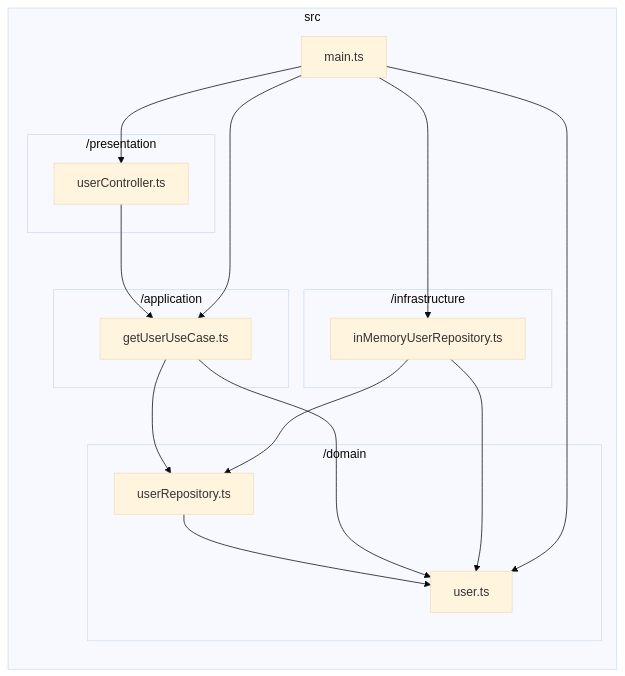
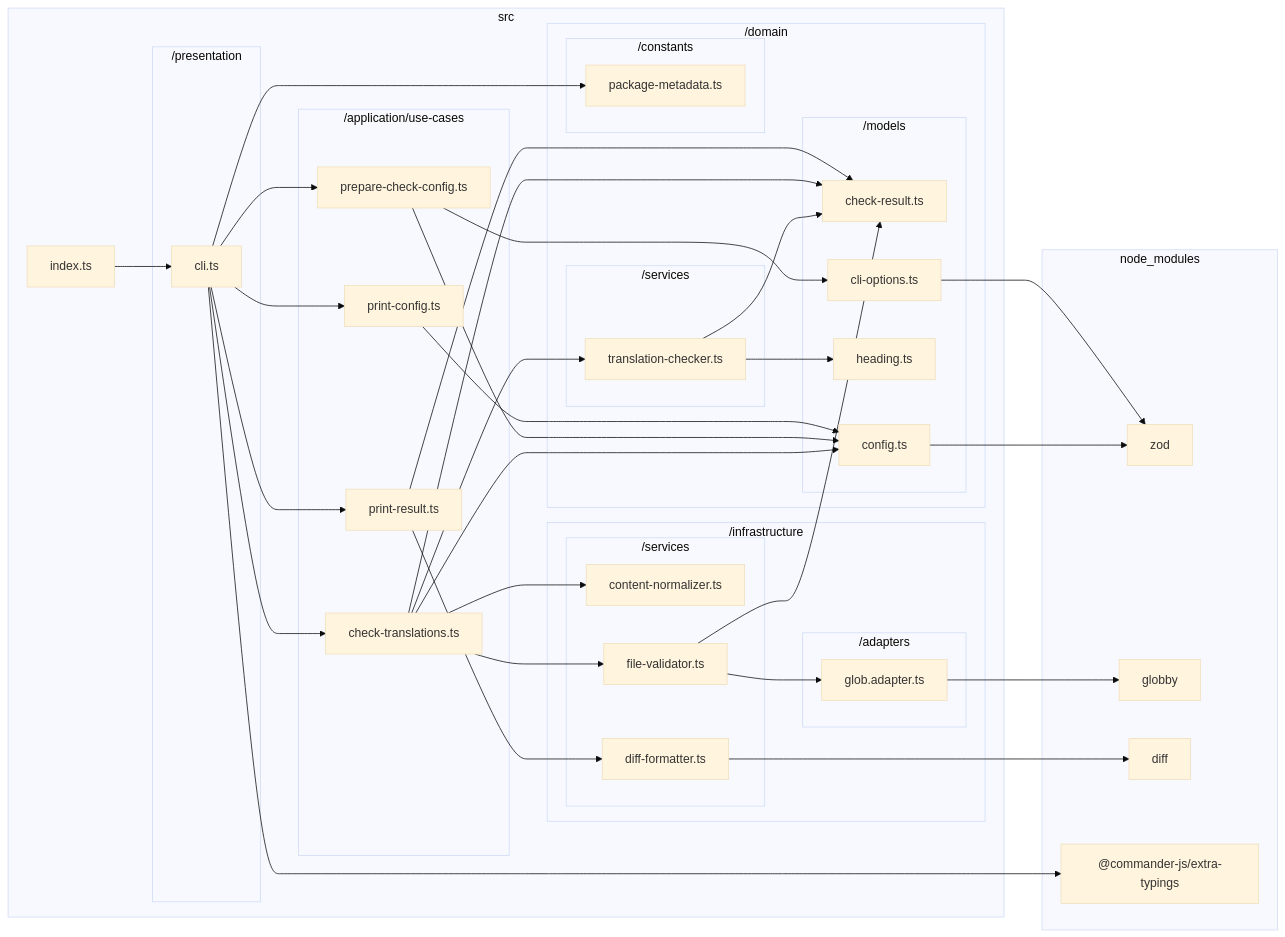
One commit to sugurutakahashi-1234/readme-i18n-sentinel changed the diagram in docs/reports/dependencies/deps-graph.md. Above: the diagram before and after it, drawn with Mermaid (base theme). The commit also changed 48 other files, not shown here.

First line of the commit message:
feat: add mermaid-markdown-wrap as reference submodule (#3)

````diff
--- a/docs/reports/dependencies/deps-graph.md
+++ b/docs/reports/dependencies/deps-graph.md
@@ -7,29 +7,70 @@
 ```mermaid
 flowchart LR
     subgraph src["src"]
-        src/main.ts["main.ts"]
+        src/index.ts["index.ts"]
         subgraph src/domain["/domain"]
-            src/domain/user.ts["user.ts"]
-            src/domain/userRepository.ts["userRepository.ts"]
-        end
-        subgraph src/application["/application"]
-            src/application/getUserUseCase.ts["getUserUseCase.ts"]
+            subgraph src/domain/models["/models"]
+                src/domain/models/check//result.ts["check-result.ts"]
+                src/domain/models/config.ts["config.ts"]
+                src/domain/models/heading.ts["heading.ts"]
+                src/domain/models/cli//options.ts["cli-options.ts"]
+            end
+            subgraph src/domain/services["/services"]
+                src/domain/services/translation//checker.ts["translation-checker.ts"]
+            end
+            subgraph src/domain/constants["/constants"]
+                src/domain/constants/package//metadata.ts["package-metadata.ts"]
+            end
         end
         subgraph src/infrastructure["/infrastructure"]
-            src/infrastructure/inMemoryUserRepository.ts["inMemoryUserRepository.ts"]
+            subgraph src/infrastructure/services["/services"]
+                src/infrastructure/services/content//normalizer.ts["content-normalizer.ts"]
+                src/infrastructure/services/file//validator.ts["file-validator.ts"]
+                src/infrastructure/services/diff//formatter.ts["diff-formatter.ts"]
+            end
+            subgraph src/infrastructure/adapters["/adapters"]
+                src/infrastructure/adapters/glob.adapter.ts["glob.adapter.ts"]
+            end
+        end
+        subgraph src/application/use//cases["/application/use-cases"]
+            src/application/use//cases/check//translations.ts["check-translations.ts"]
+            src/application/use//cases/prepare//check//config.ts["prepare-check-config.ts"]
+            src/application/use//cases/print//config.ts["print-config.ts"]
+            src/application/use//cases/print//result.ts["print-result.ts"]
         end
         subgraph src/presentation["/presentation"]
-            src/presentation/userController.ts["userController.ts"]
+            src/presentation/cli.ts["cli.ts"]
         end
     end
-    src/domain/userRepository.ts-->src/domain/user.ts
-    src/application/getUserUseCase.ts-->src/domain/user.ts
-    src/application/getUserUseCase.ts-->src/domain/userRepository.ts
-    src/infrastructure/inMemoryUserRepository.ts-->src/domain/user.ts
-    src/infrastructure/inMemoryUserRepository.ts-->src/domain/userRepository.ts
-    src/presentation/userController.ts-->src/application/getUserUseCase.ts
-    src/main.ts-->src/application/getUserUseCase.ts
-    src/main.ts-->src/domain/user.ts
-    src/main.ts-->src/infrastructure/inMemoryUserRepository.ts
-    src/main.ts-->src/presentation/userController.ts
+    subgraph node//modules["node_modules"]
+        node//modules/zod/index.d.cts["zod"]
+        node//modules/globby/index.d.ts["globby"]
+        node//modules/diff/libcjs/index.d.ts["diff"]
+        node//modules///commander//js/extra//typings/index.d.ts["@commander-js/extra-typings"]
+    end
+    src/domain/models/config.ts-->node//modules/zod/index.d.cts
+    src/domain/services/translation//checker.ts-->src/domain/models/check//result.ts
+    src/domain/services/translation//checker.ts-->src/domain/models/heading.ts
+    src/infrastructure/adapters/glob.adapter.ts-->node//modules/globby/index.d.ts
+    src/infrastructure/services/file//validator.ts-->src/domain/models/check//result.ts
+    src/infrastructure/services/file//validator.ts-->src/infrastructure/adapters/glob.adapter.ts
+    src/application/use//cases/check//translations.ts-->src/domain/models/check//result.ts
+    src/application/use//cases/check//translations.ts-->src/domain/models/config.ts
+    src/application/use//cases/check//translations.ts-->src/domain/services/translation//checker.ts
+    src/application/use//cases/check//translations.ts-->src/infrastructure/services/content//normalizer.ts
+    src/application/use//cases/check//translations.ts-->src/infrastructure/services/file//validator.ts
+    src/domain/models/cli//options.ts-->node//modules/zod/index.d.cts
+    src/application/use//cases/prepare//check//config.ts-->src/domain/models/cli//options.ts
+    src/application/use//cases/prepare//check//config.ts-->src/domain/models/config.ts
+    src/application/use//cases/print//config.ts-->src/domain/models/config.ts
+    src/infrastructure/services/diff//formatter.ts-->node//modules/diff/libcjs/index.d.ts
+    src/application/use//cases/print//result.ts-->src/domain/models/check//result.ts
+    src/application/use//cases/print//result.ts-->src/infrastructure/services/diff//formatter.ts
+    src/presentation/cli.ts-->node//modules///commander//js/extra//typings/index.d.ts
+    src/presentation/cli.ts-->src/application/use//cases/check//translations.ts
+    src/presentation/cli.ts-->src/application/use//cases/prepare//check//config.ts
+    src/presentation/cli.ts-->src/application/use//cases/print//config.ts
+    src/presentation/cli.ts-->src/application/use//cases/print//result.ts
+    src/presentation/cli.ts-->src/domain/constants/package//metadata.ts
+    src/index.ts-->src/presentation/cli.ts
 ```
````
